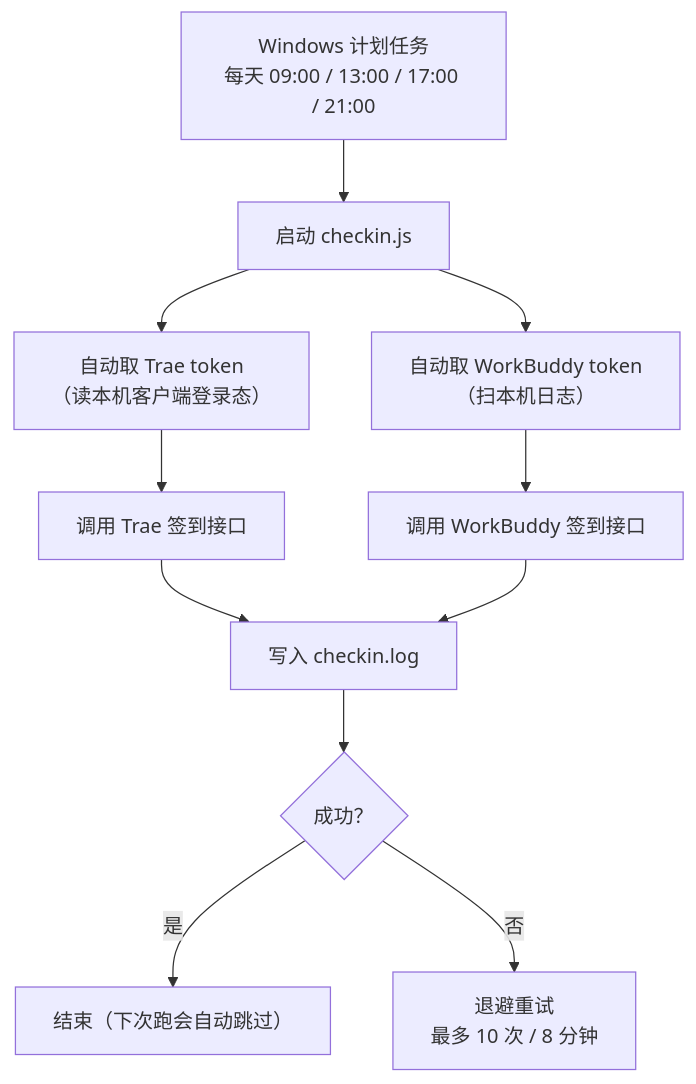
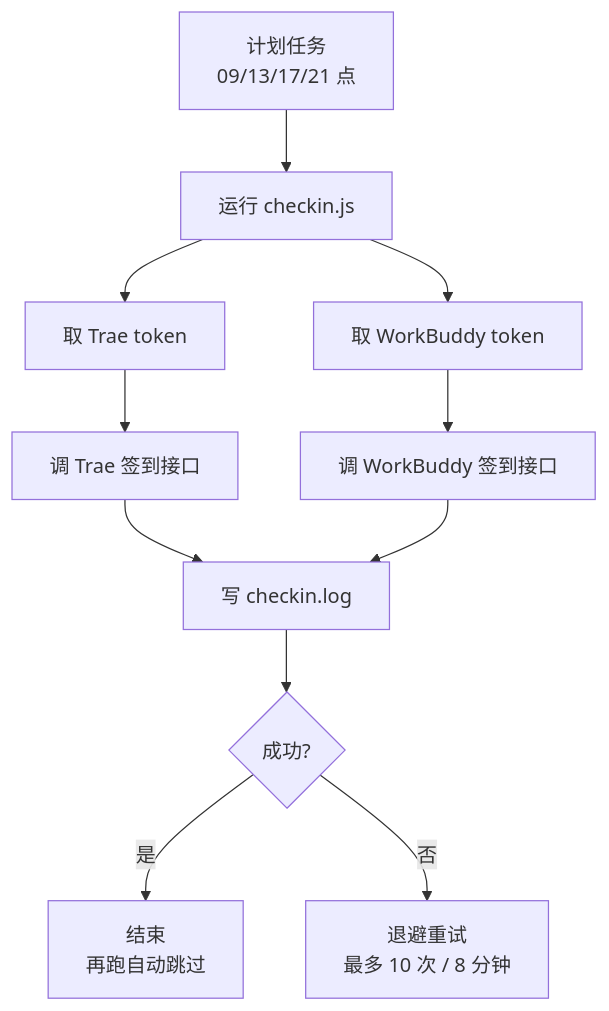
The diagram in README.md (xinshang777/auto-checkin), drawn with Mermaid before and after one commit. The commit also changed other lines of this file, not shown here.

````diff
--- a/README.md
+++ b/README.md
@@ -50,13 +175,13 @@
 ```mermaid
 flowchart TD
-    A["Windows 计划任务<br/>每天 09:00 / 13:00 / 17:00 / 21:00"] --> B["启动 checkin.js"]
-    B --> C["自动取 Trae token<br/>（读本机客户端登录态）"]
-    B --> D["自动取 WorkBuddy token<br/>（扫本机日志）"]
-    C --> E["调用 Trae 签到接口"]
-    D --> F["调用 WorkBuddy 签到接口"]
-    E --> G["写入 checkin.log"]
+    A["计划任务<br/>09/13/17/21 点"] --> B["运行 checkin.js"]
+    B --> C["取 Trae token"]
+    B --> D["取 WorkBuddy token"]
+    C --> E["调 Trae 签到接口"]
+    D --> F["调 WorkBuddy 签到接口"]
+    E --> G["写 checkin.log"]
     F --> G
-    G --> H{"成功？"}
-    H -->|"是"| I["结束（下次跑会自动跳过）"]
+    G --> H{"成功?"}
+    H -->|"是"| I["结束<br/>再跑自动跳过"]
     H -->|"否"| J["退避重试<br/>最多 10 次 / 8 分钟"]
 ```
````
